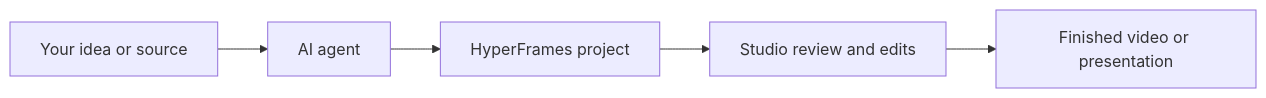
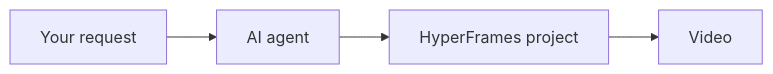
One commit to AksharP5/hyperframes changed the diagram in docs/introduction.mdx. Above: the diagram before and after it, drawn with Mermaid. The commit also changed other lines of this file and 3 other files, not shown here.

````diff
--- a/docs/introduction.mdx
+++ b/docs/introduction.mdx
@@ -34,7 +24,6 @@
 ```mermaid
 flowchart LR
-    A["Your idea or source"] --> B["AI agent"]
+    A["Your request"] --> B["AI agent"]
     B --> C["HyperFrames project"]
-    C --> D["Studio review and edits"]
-    D --> E["Finished video or presentation"]
+    C --> D["Video"]
 ```
````
